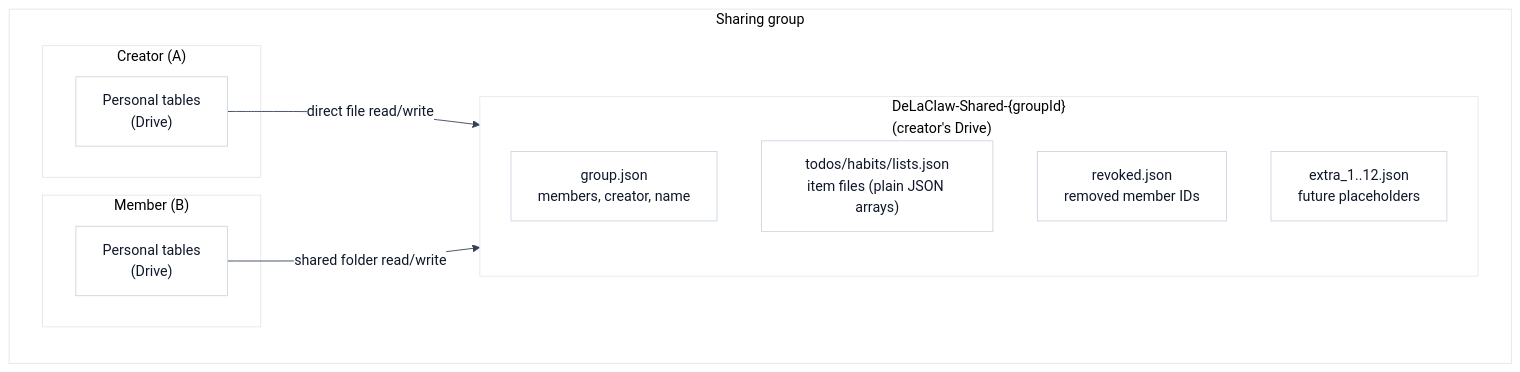
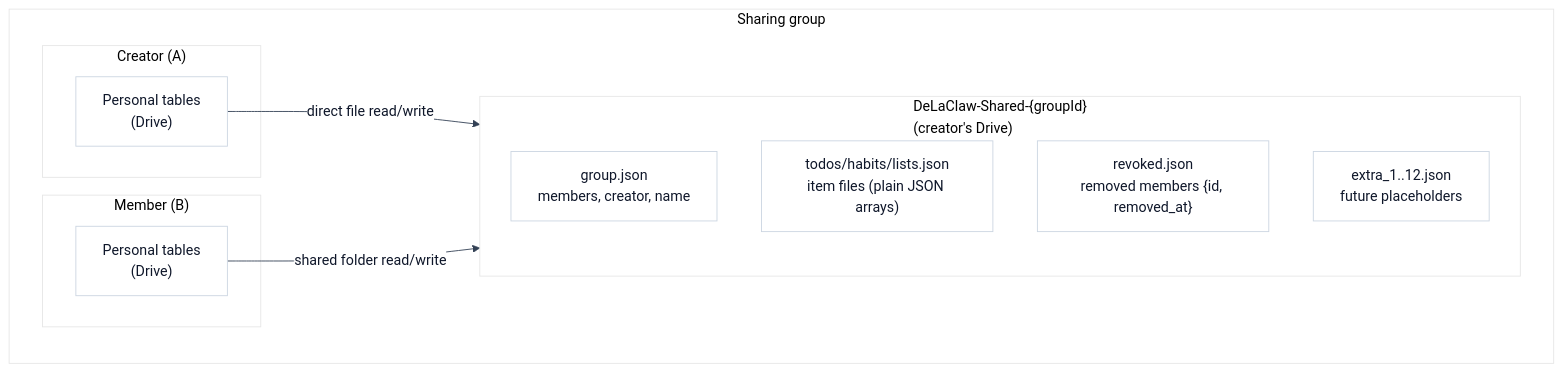
One commit to AntGro/DeLaClaw changed the first of 12 diagrams in docs-site/sharing.md. Above: the diagram before and after it, drawn with Mermaid. The commit also changed other lines of this file and 11 other files, not shown here.

First line of the commit message:
feat(sharing): phase 3 — revoked.json removed-member notices

````diff
--- a/docs-site/sharing.md
+++ b/docs-site/sharing.md
@@ -13,21 +13,21 @@
 ```mermaid
 %%{init: {'theme': 'base', 'themeVariables': {'background': '#fbfaf8', 'primaryColor': '#ffffff', 'primaryBorderColor': '#cbd5e1', 'primaryTextColor': '#0f172a', 'lineColor': '#334155'}}}%%
 flowchart TB
     subgraph GROUP["Sharing group"]
         subgraph CREATOR["Creator (A)"]
             PA["Personal tables<br/>(Drive)"]
         end
         subgraph MEMBER["Member (B)"]
             PB["Personal tables<br/>(Drive)"]
         end
         subgraph SHARED["DeLaClaw-Shared-{groupId}<br/>(creator's Drive)"]
             direction TB
             GJ["group.json<br/>members, creator, name"]
             ITEMS["todos/habits/lists.json<br/>item files (plain JSON arrays)"]
-            REVOKED["revoked.json<br/>removed member IDs"]
+            REVOKED["revoked.json<br/>removed members {id, removed_at}"]
             EXTRA["extra_1..12.json<br/>future placeholders"]
         end
         PA -->|"direct file read/write"| SHARED
         PB -->|"shared folder read/write"| SHARED
     end
 ```
````
